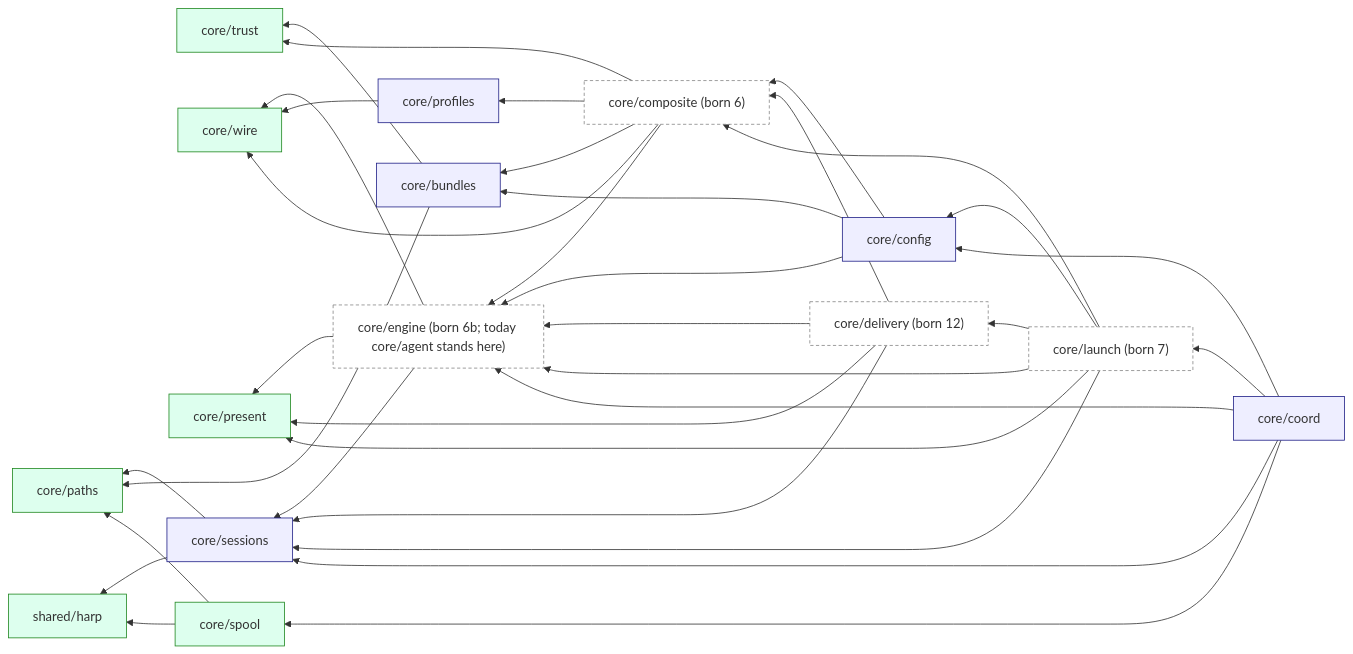
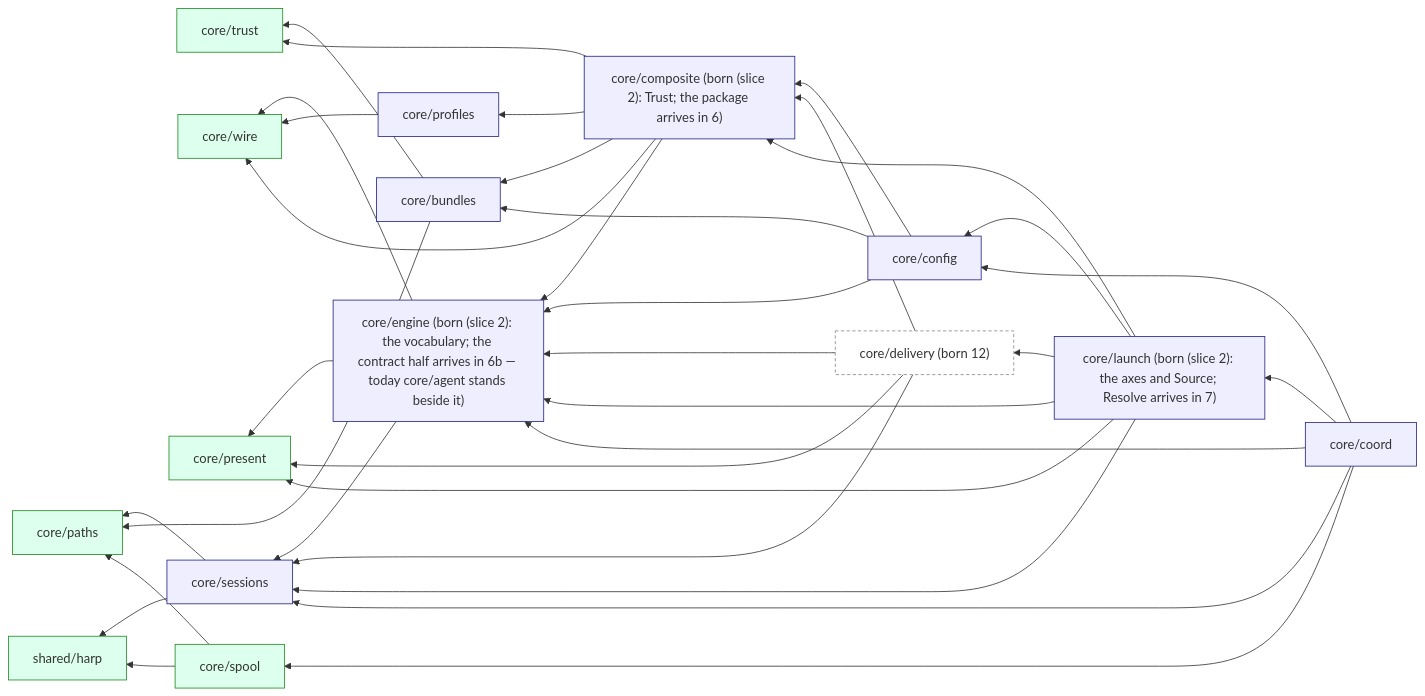
Before and after one commit to ctxloom/ctxloom: the first of 5 diagrams in docs/architecture/audit-2026-09-18/30-decided-architecture.md, drawn with Mermaid. The commit also changed other lines of this file and 3 other files, not shown here.

First line of the commit message:
docs(architecture): the core graph and the area pages describe the landed tree

````diff
--- a/docs/architecture/audit-2026-09-18/30-decided-architecture.md
+++ b/docs/architecture/audit-2026-09-18/30-decided-architecture.md
@@ -59,31 +59,31 @@
 ```mermaid
 flowchart RL
   classDef leaf fill:#dfe,stroke:#282
   classDef core fill:#eef,stroke:#228
   classDef later fill:#fff,stroke:#888,stroke-dasharray:4 3
   HARP[shared/harp]:::leaf
   PATHS[core/paths]:::leaf
   TRUST[core/trust]:::leaf
   WIRE[core/wire]:::leaf
   PRES[core/present]:::leaf
   SPOOL[core/spool]:::leaf
   SESS[core/sessions]:::core
-  ENG["core/engine (born 6b; today core/agent stands here)"]:::later
+  ENG["core/engine (born (slice 2): the vocabulary; the contract half arrives in 6b — today core/agent stands beside it)"]:::core
   BUN[core/bundles]:::core
   PROF[core/profiles]:::core
-  COMP["core/composite (born 6)"]:::later
+  COMP["core/composite (born (slice 2): Trust; the package arrives in 6)"]:::core
   CFG[core/config]:::core
   DELIV["core/delivery (born 12)"]:::later
-  LAUNCH["core/launch (born 7)"]:::later
+  LAUNCH["core/launch (born (slice 2): the axes and Source; Resolve arrives in 7)"]:::core
   COORD[core/coord]:::core
   SESS --> PATHS & HARP
   ENG --> SESS & PRES & WIRE
   BUN --> TRUST & PATHS
   PROF --> WIRE
   COMP --> BUN & PROF & TRUST & WIRE & ENG
   CFG --> BUN & COMP & ENG
   DELIV --> ENG & COMP & PRES & SESS
   LAUNCH --> ENG & COMP & DELIV & SESS & CFG & PRES
   COORD --> SESS & SPOOL & LAUNCH & CFG & ENG
   SPOOL --> PATHS & HARP
 ```
````
